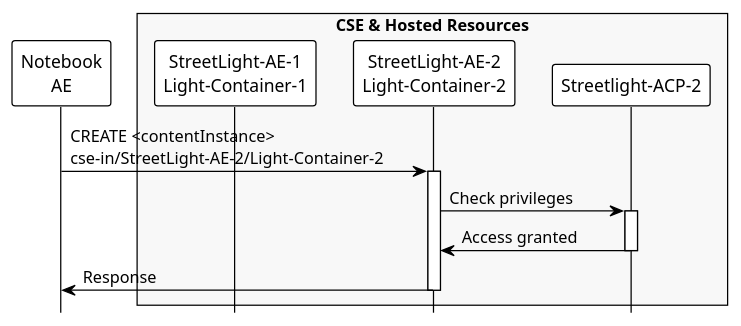
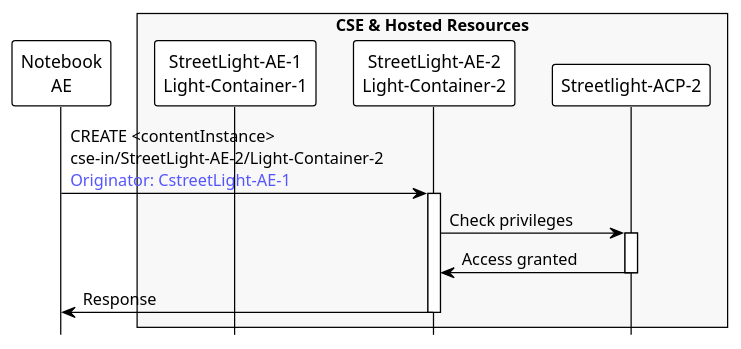
The diagram in images/05/create_contentInstance_2.puml (ankraft/onem2m-jupyter-notebooks), drawn with PlantUML before and after one commit. The commit also changed 10 other files, not shown here.

```diff
--- a/images/05/create_contentInstance_2.puml
+++ b/images/05/create_contentInstance_2.puml
@@ -1,22 +1,22 @@
 @startuml
 hide footbox
 !theme plain
 skinparam backgroundcolor transparent
 
 ' Turquoise #668c97
 ' Orange #F6921E
 
 participant "Notebook\nAE" as AE 
 box "CSE & Hosted Resources" #f8f8f8
 participant "StreetLight-AE-1\nLight-Container-1" as container1 
 participant "StreetLight-AE-2\nLight-Container-2" as container2 
 participant "Streetlight-ACP-2" as acp2 
 
 end box
 
-AE -> container2 ++: CREATE <contentInstance>\ncse-in/StreetLight-AE-2/Light-Container-2
+AE -> container2 ++: CREATE <contentInstance>\ncse-in/StreetLight-AE-2/Light-Container-2\n<font color="#5555ff">Originator: CstreetLight-AE-1
 container2 -> acp2 ++: Check privileges
 container2 <- acp2 --: Access granted
 AE <- container2 --: Response
 
 @enduml
```
